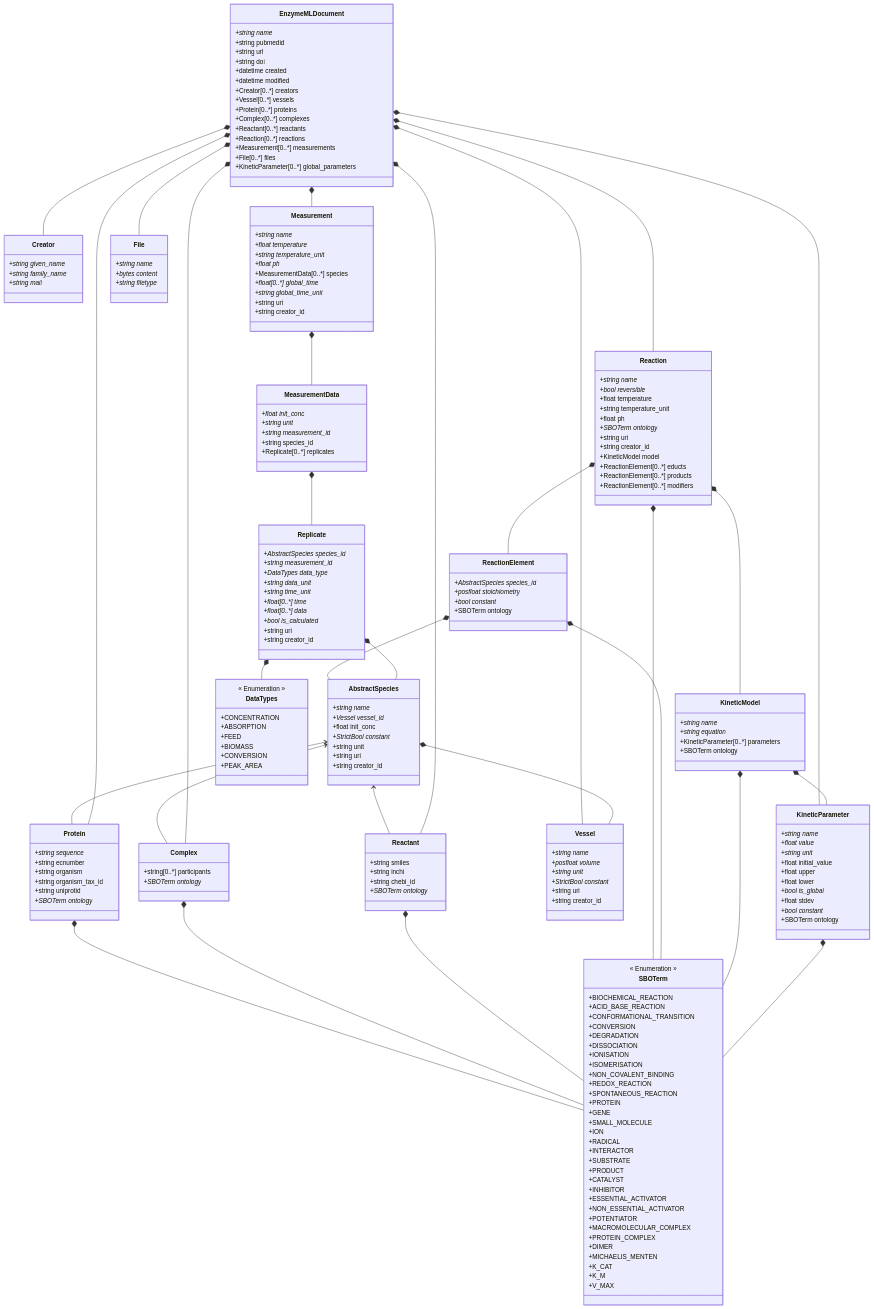
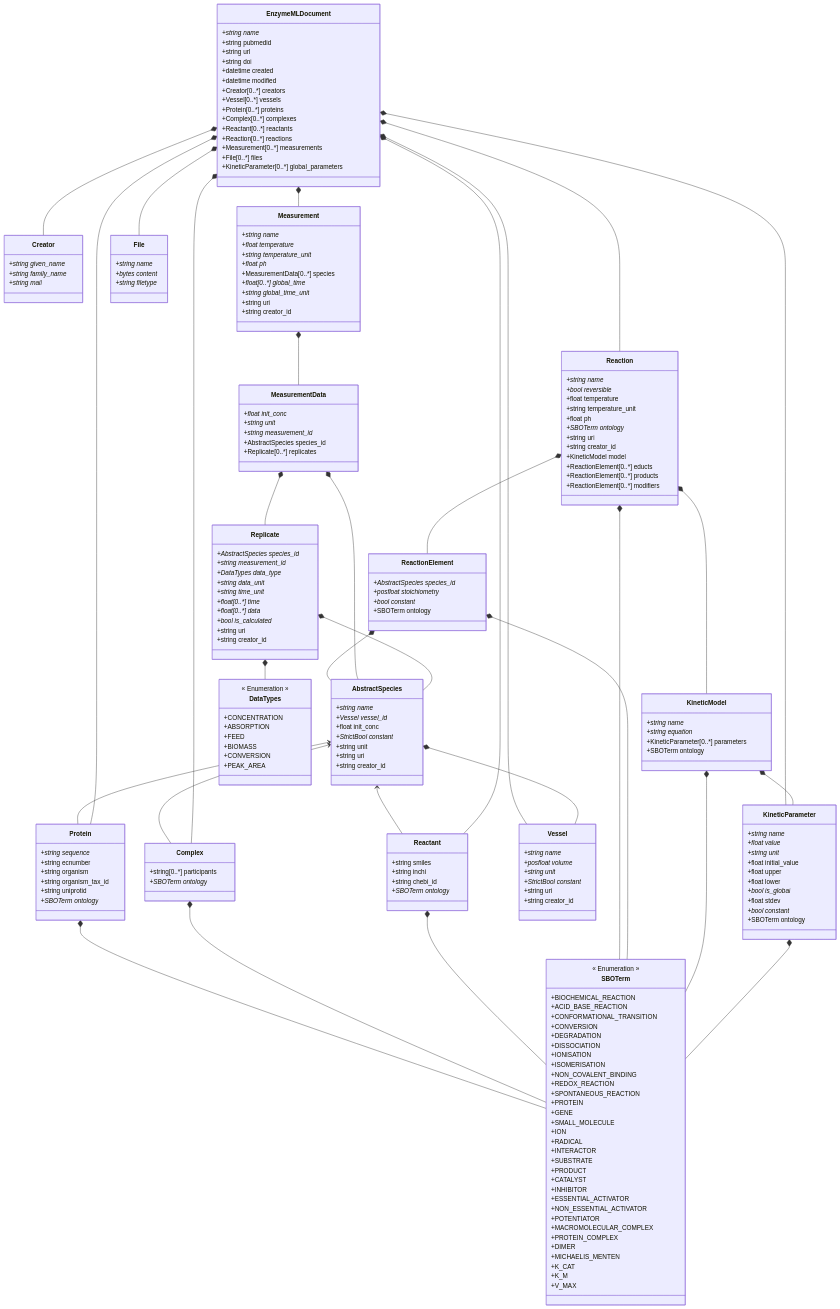
The diagram in PyEnzyme/schemes/pyenzyme_schema.md (EnzymeML/enzymeml-specifications), drawn with Mermaid before and after one commit. The commit also changed 16 other files, not shown here.

```diff
--- a/PyEnzyme/schemes/pyenzyme_schema.md
+++ b/PyEnzyme/schemes/pyenzyme_schema.md
@@ -25,6 +25,7 @@
     KineticModel *-- KineticParameter
     KineticParameter *-- SBOTerm
     Measurement *-- MeasurementData
+    MeasurementData *-- AbstractSpecies
     MeasurementData *-- Replicate
     Replicate *-- DataTypes
     Replicate *-- AbstractSpecies
@@ -151,7 +152,7 @@
         +float init_conc*
         +string unit*
         +string measurement_id*
-        +string species_id
+        +AbstractSpecies species_id
         +Replicate[0..*] replicates
     }
     
```
